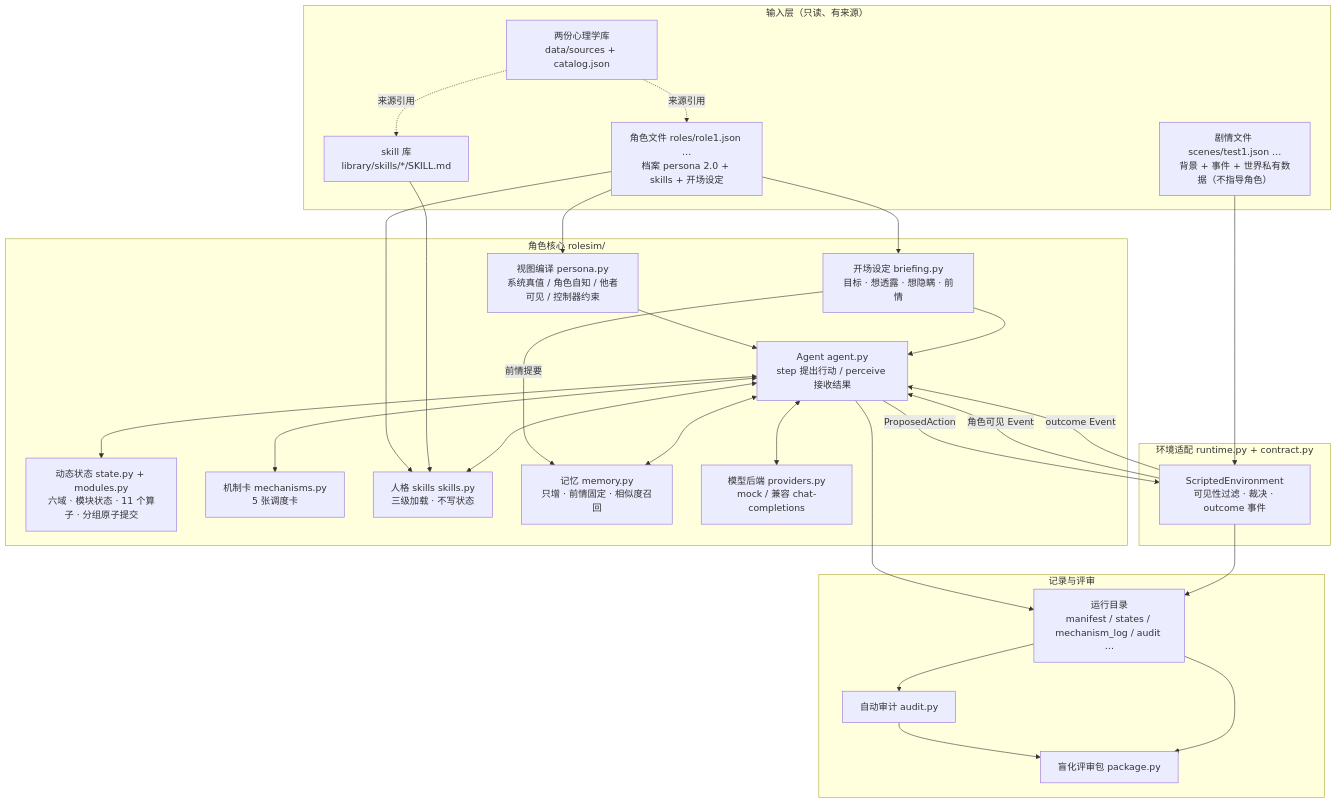
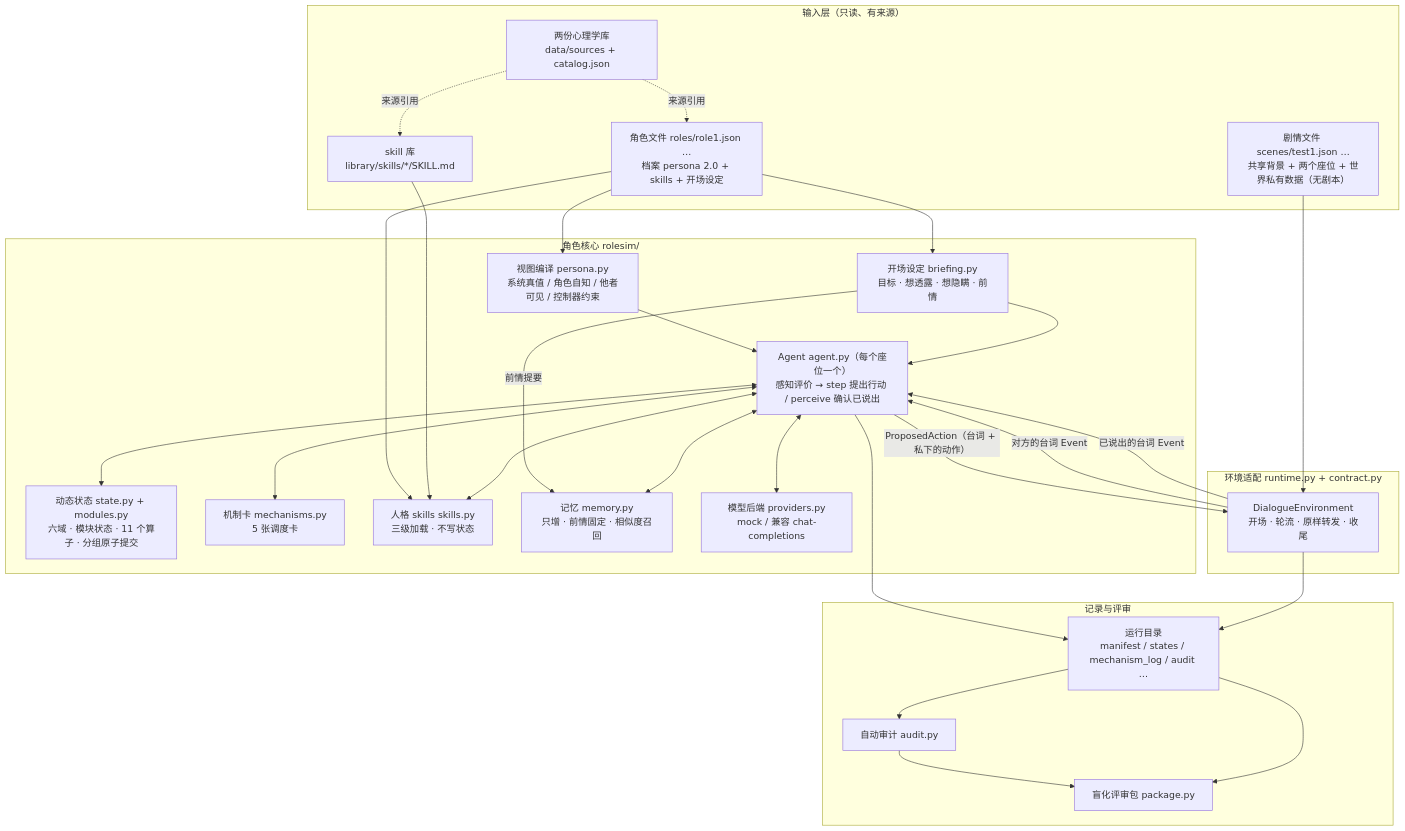
One commit to piersalei/RoleSimulationFramework changed the first of 5 diagrams in docs/07-architecture.md. Above: the diagram before and after it, drawn with Mermaid. The commit also changed other lines of this file and 27 other files, not shown here.

Commit message:
Two-agent autonomous dialogue: scene 2.0 background-only, appraisal cues, per-role records and audit, thinking-mode backend

````diff
--- a/docs/07-architecture.md
+++ b/docs/07-architecture.md
@@ -13,52 +13,52 @@
 ```mermaid
 flowchart TB
   subgraph IN["输入层（只读、有来源）"]
     SRC["两份心理学库<br/>data/sources + catalog.json"]
     PER["角色文件 roles/role1.json …<br/>档案 persona 2.0 + skills + 开场设定"]
     SKL["skill 库<br/>library/skills/*/SKILL.md"]
-    SCN["剧情文件 scenes/test1.json …<br/>背景 + 事件 + 世界私有数据（不指导角色）"]
+    SCN["剧情文件 scenes/test1.json …<br/>共享背景 + 两个座位 + 世界私有数据（无剧本）"]
   end
 
   subgraph CORE["角色核心 rolesim/"]
     VIEW["视图编译 persona.py<br/>系统真值 / 角色自知 / 他者可见 / 控制器约束"]
-    AG["Agent agent.py<br/>step 提出行动 / perceive 接收结果"]
+    AG["Agent agent.py（每个座位一个）<br/>感知评价 → step 提出行动 / perceive 确认已说出"]
     ST["动态状态 state.py + modules.py<br/>六域 · 模块状态 · 11 个算子 · 分组原子提交"]
     MECH["机制卡 mechanisms.py<br/>5 张调度卡"]
     SK["人格 skills skills.py<br/>三级加载 · 不写状态"]
     MEM["记忆 memory.py<br/>只增 · 前情固定 · 相似度召回"]
     BR["开场设定 briefing.py<br/>目标 · 想透露 · 想隐瞒 · 前情"]
     BK["模型后端 providers.py<br/>mock / 兼容 chat-completions"]
   end
 
   subgraph ENV["环境适配 runtime.py + contract.py"]
-    SE["ScriptedEnvironment<br/>可见性过滤 · 裁决 · outcome 事件"]
+    SE["DialogueEnvironment<br/>开场 · 轮流 · 原样转发 · 收尾"]
   end
 
   subgraph OUT["记录与评审"]
     RUN["运行目录<br/>manifest / states / mechanism_log / audit …"]
     AUD["自动审计 audit.py"]
     PKG["盲化评审包 package.py"]
   end
 
   SRC -. 来源引用 .-> PER
   SRC -. 来源引用 .-> SKL
   PER --> VIEW --> AG
   PER --> SK
   SKL --> SK
   SCN --> SE
   PER --> BR
   BR --> AG
   BR -- "前情提要" --> MEM
-  SE -- "角色可见 Event" --> AG
+  SE -- "对方的台词 Event" --> AG
   AG <--> ST
   AG <--> MEM
   AG <--> SK
   AG <--> MECH
   AG <--> BK
-  AG -- "ProposedAction" --> SE
-  SE -- "outcome Event" --> AG
+  AG -- "ProposedAction（台词 + 私下的动作）" --> SE
+  SE -- "已说出的台词 Event" --> AG
   AG --> RUN
   SE --> RUN
   RUN --> AUD --> PKG
   RUN --> PKG
 ```
````
